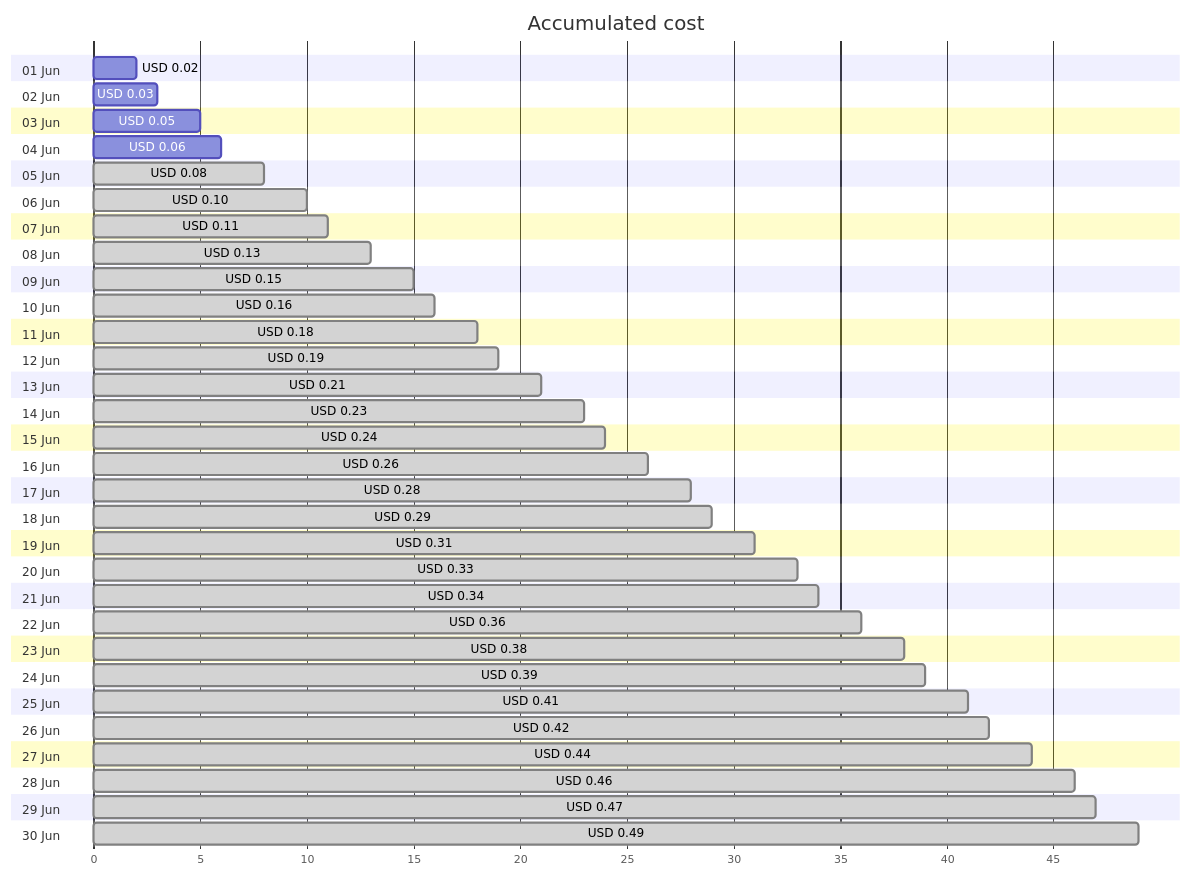
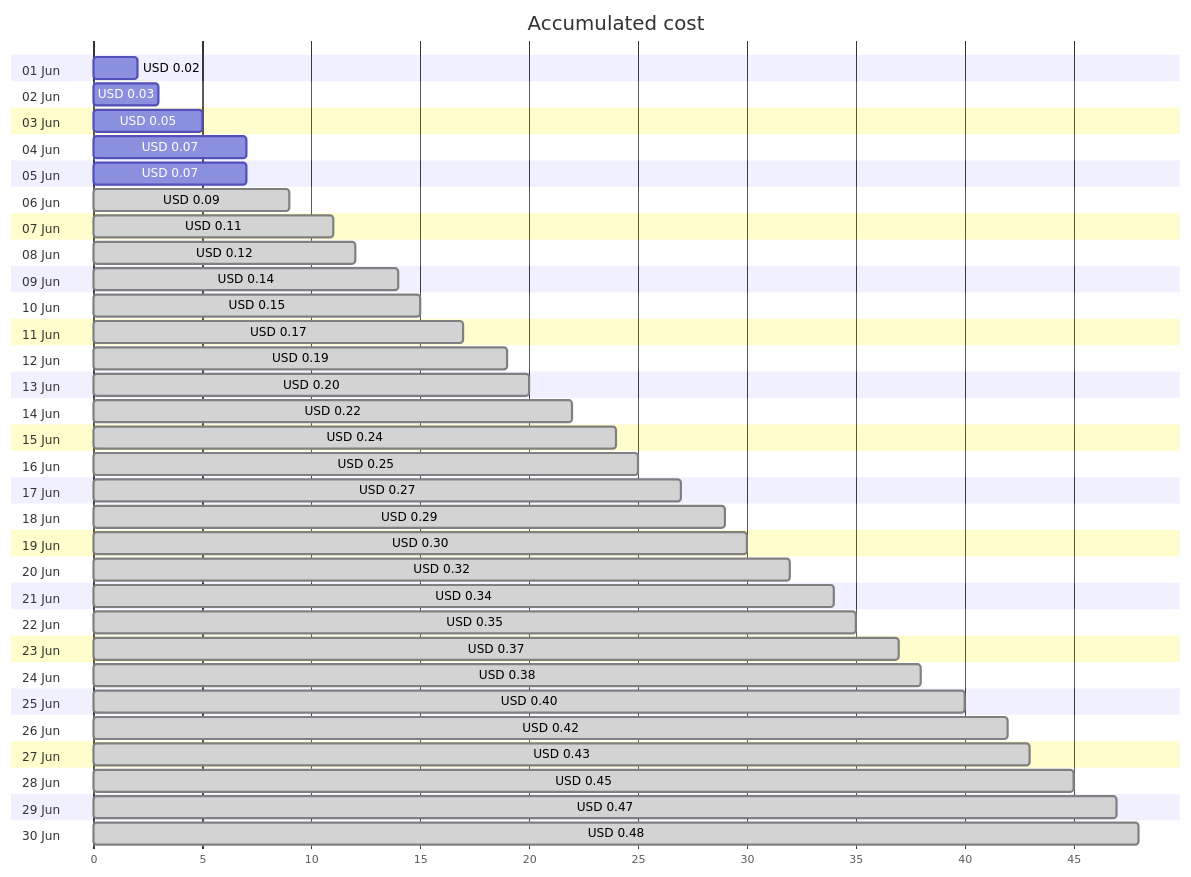
The first of 4 diagrams in cost-reports/personal-dns/jpatrickfulton.com.md (jpfulton/azure-personal-reports), drawn with Mermaid before and after one commit. The commit also changed other lines of this file and 2 other files, not shown here.

Commit message:
Generated reports [skip ci]

````diff
--- a/cost-reports/personal-dns/jpatrickfulton.com.md
+++ b/cost-reports/personal-dns/jpatrickfulton.com.md
@@ -20,66 +20,66 @@
 ```mermaid
 gantt
    title Accumulated cost
    dateFormat  X
    axisFormat %s
    section 01 Jun
    USD 0.02 :0, 2
    section 02 Jun
    USD 0.03 :0, 3
    section 03 Jun
    USD 0.05 :0, 5
    section 04 Jun
-   USD 0.06 :0, 6
+   USD 0.07 :0, 7
    section 05 Jun
-   USD 0.08 : done, 0, 8
+   USD 0.07 :0, 7
    section 06 Jun
-   USD 0.10 : done, 0, 10
+   USD 0.09 : done, 0, 9
    section 07 Jun
    USD 0.11 : done, 0, 11
    section 08 Jun
-   USD 0.13 : done, 0, 13
+   USD 0.12 : done, 0, 12
    section 09 Jun
+   USD 0.14 : done, 0, 14
+   section 10 Jun
    USD 0.15 : done, 0, 15
-   section 10 Jun
-   USD 0.16 : done, 0, 16
    section 11 Jun
-   USD 0.18 : done, 0, 18
+   USD 0.17 : done, 0, 17
    section 12 Jun
    USD 0.19 : done, 0, 19
    section 13 Jun
-   USD 0.21 : done, 0, 21
+   USD 0.20 : done, 0, 20
    section 14 Jun
-   USD 0.23 : done, 0, 23
+   USD 0.22 : done, 0, 22
    section 15 Jun
    USD 0.24 : done, 0, 24
    section 16 Jun
-   USD 0.26 : done, 0, 26
+   USD 0.25 : done, 0, 25
    section 17 Jun
-   USD 0.28 : done, 0, 28
+   USD 0.27 : done, 0, 27
    section 18 Jun
    USD 0.29 : done, 0, 29
    section 19 Jun
-   USD 0.31 : done, 0, 31
+   USD 0.30 : done, 0, 30
    section 20 Jun
-   USD 0.33 : done, 0, 33
+   USD 0.32 : done, 0, 32
    section 21 Jun
    USD 0.34 : done, 0, 34
    section 22 Jun
-   USD 0.36 : done, 0, 36
+   USD 0.35 : done, 0, 35
    section 23 Jun
+   USD 0.37 : done, 0, 37
+   section 24 Jun
    USD 0.38 : done, 0, 38
-   section 24 Jun
-   USD 0.39 : done, 0, 39
    section 25 Jun
-   USD 0.41 : done, 0, 41
+   USD 0.40 : done, 0, 40
    section 26 Jun
    USD 0.42 : done, 0, 42
    section 27 Jun
-   USD 0.44 : done, 0, 44
+   USD 0.43 : done, 0, 43
    section 28 Jun
-   USD 0.46 : done, 0, 46
+   USD 0.45 : done, 0, 45
    section 29 Jun
    USD 0.47 : done, 0, 47
    section 30 Jun
-   USD 0.49 : done, 0, 49
+   USD 0.48 : done, 0, 48
 ```
````
